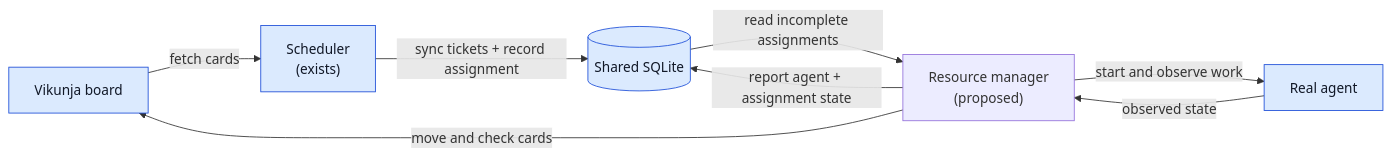
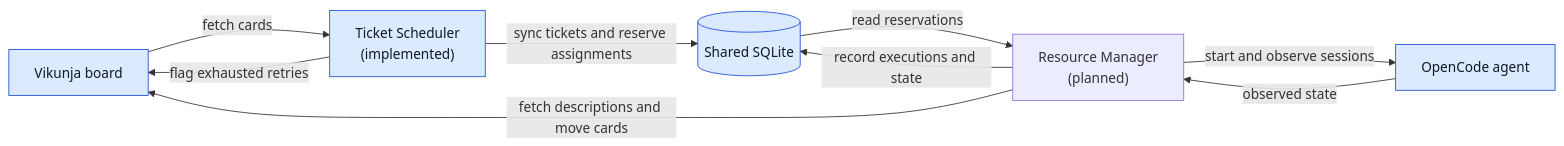
One commit to lgdelacruz92/agent-team changed the first of 3 diagrams in agent-team/apps/agent-resource-manager/docs/flowchart.md. Above: the diagram before and after it, drawn with Mermaid. The commit also changed other lines of this file and 3 other files, not shown here.

````diff
--- a/agent-team/apps/agent-resource-manager/docs/flowchart.md
+++ b/agent-team/apps/agent-resource-manager/docs/flowchart.md
@@ -9,12 +9,13 @@
 ```mermaid
 flowchart LR
-    V["Vikunja board"] -->|"fetch cards"| S["Scheduler<br/>(exists)"]
-    S -->|"sync tickets + record assignment"| DB[("Shared SQLite")]
-    DB -->|"read incomplete assignments"| RM["Resource manager<br/>(proposed)"]
-    RM -->|"start and observe work"| A["Real agent"]
+    V["Vikunja board"] -->|"fetch cards"| S["Ticket Scheduler<br/>(implemented)"]
+    S -->|"sync tickets and reserve assignments"| DB[("Shared SQLite")]
+    S -->|"flag exhausted retries"| V
+    DB -->|"read reservations"| RM["Resource Manager<br/>(planned)"]
+    RM -->|"record executions and state"| DB
+    RM -->|"fetch descriptions and move cards"| V
+    RM -->|"start and observe sessions"| A["OpenCode agent"]
     A -->|"observed state"| RM
-    RM -->|"report agent + assignment state"| DB
-    RM -->|"move and check cards"| V
     classDef external fill:#dbeafe,stroke:#1d4ed8,color:#111827
     class V,S,DB,A external
 ```
````
